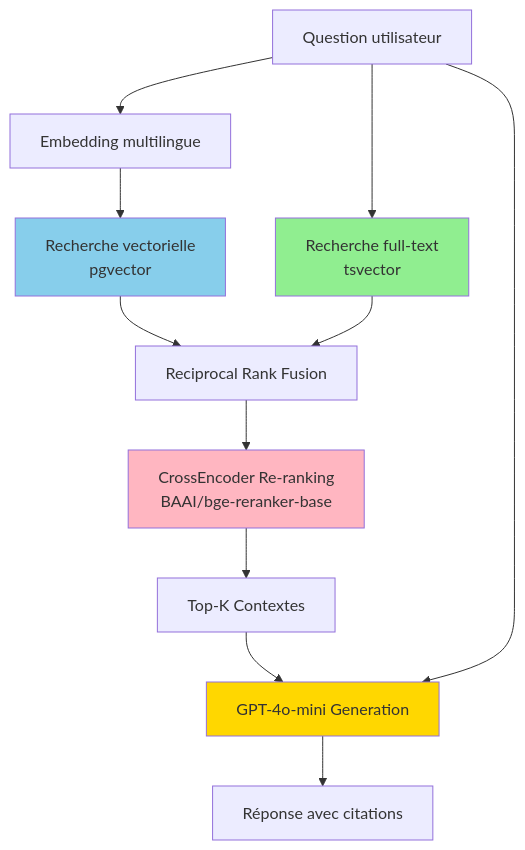
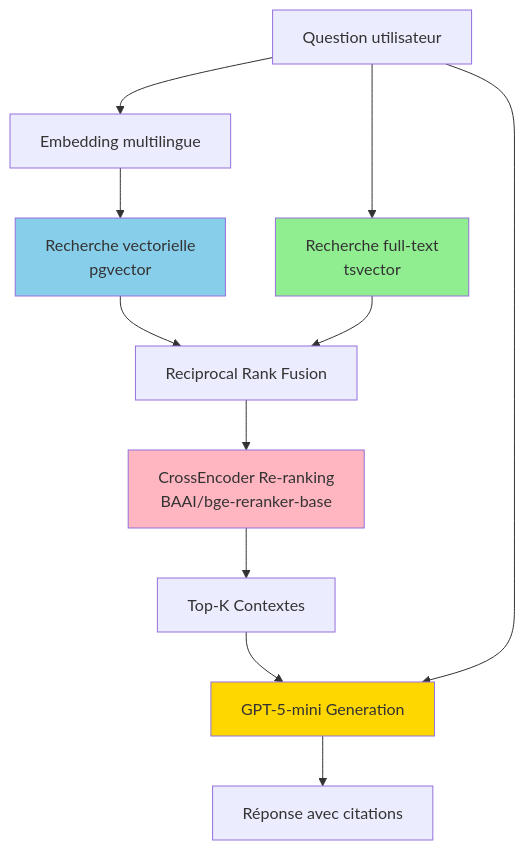
One commit to Aguern/Talaria changed the fifth of 5 diagrams in README.md. Above: the diagram before and after it, drawn with Mermaid.

Commit message:
Update LLM version from GPT-4o-mini to GPT-5-mini

````diff
--- a/README.md
+++ b/README.md
@@ -303,21 +303,21 @@
 ```mermaid
 graph TB
     Q[Question utilisateur] --> E[Embedding multilingue]
     E --> VS[Recherche vectorielle<br/>pgvector]
     Q --> FTS[Recherche full-text<br/>tsvector]
 
     VS --> RRF[Reciprocal Rank Fusion]
     FTS --> RRF
 
     RRF --> RERANK[CrossEncoder Re-ranking<br/>BAAI/bge-reranker-base]
     RERANK --> CTX[Top-K Contextes]
 
-    CTX --> LLM[GPT-4o-mini Generation]
+    CTX --> LLM[GPT-5-mini Generation]
     Q --> LLM
     LLM --> A[Réponse avec citations]
 
     style VS fill:#87CEEB
     style FTS fill:#90EE90
     style RERANK fill:#FFB6C1
     style LLM fill:#FFD700
 ```
````
